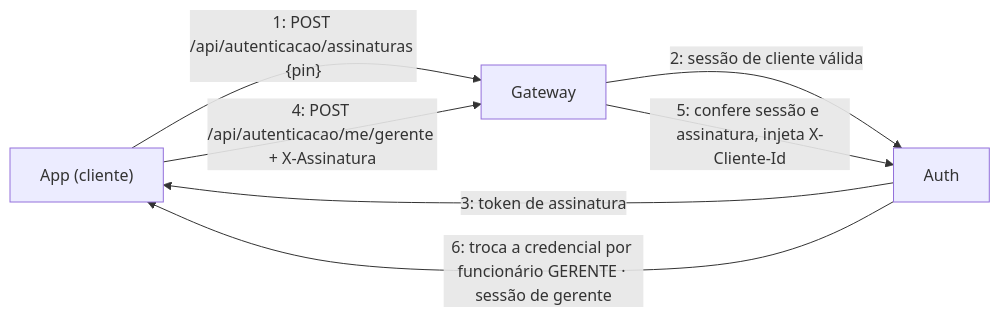
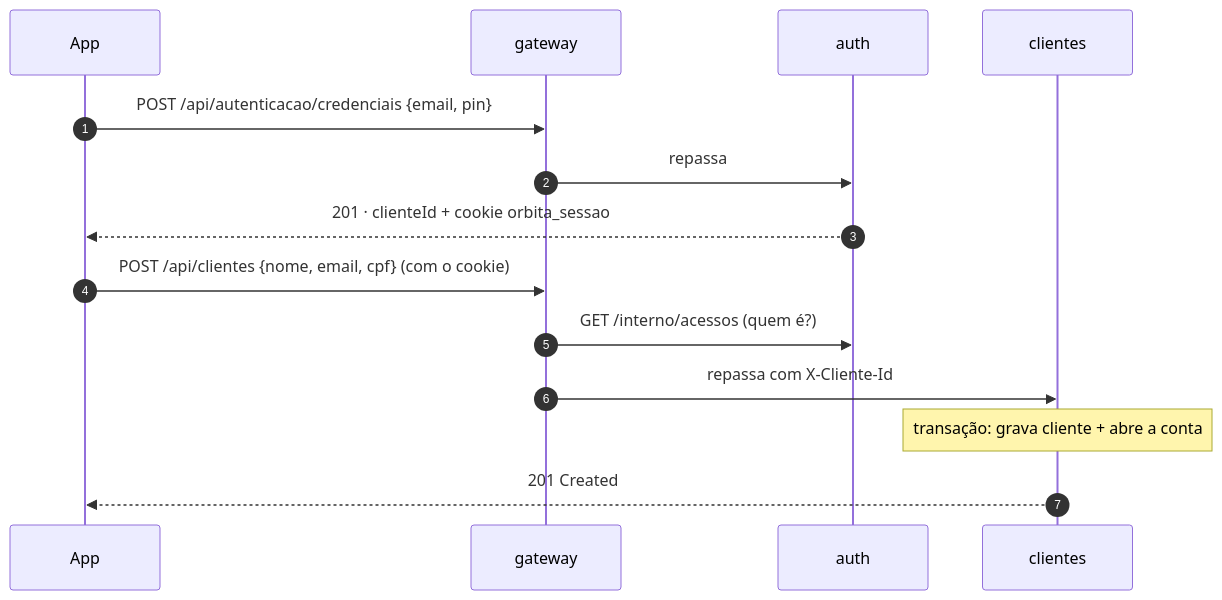
One commit to Endrigogustavo/OrbitaPay changed the fourth of 7 diagrams in docs/comunicacao.md. Above: the diagram before and after it, drawn with Mermaid. The commit also changed other lines of this file and 788 other files, not shown here.

First line of the commit message:
refactor(backend): rewrite as 6 clean-architecture microservices

````diff
--- a/docs/comunicacao.md
+++ b/docs/comunicacao.md
@@ -132,9 +64,16 @@
 ```mermaid
-flowchart LR
-    APP["App (cliente)"] -->|"1: POST /api/autenticacao/assinaturas {pin}"| GW["Gateway"]
-    GW -->|"2: sessão de cliente válida"| AUT["Auth"]
-    AUT -->|"3: token de assinatura"| APP
-    APP -->|"4: POST /api/autenticacao/me/gerente + X-Assinatura"| GW
-    GW -->|"5: confere sessão e assinatura, injeta X-Cliente-Id"| AUT
-    AUT -->|"6: troca a credencial por funcionário GERENTE · sessão de gerente"| APP
+sequenceDiagram
+    autonumber
+    participant APP as App
+    participant GW as gateway
+    participant AUT as auth
+    participant CLI as clientes
+    APP->>GW: POST /api/autenticacao/credenciais {email, pin}
+    GW->>AUT: repassa
+    AUT-->>APP: 201 · clienteId + cookie orbita_sessao
+    APP->>GW: POST /api/clientes {nome, email, cpf} (com o cookie)
+    GW->>AUT: GET /interno/acessos (quem é?)
+    GW->>CLI: repassa com X-Cliente-Id
+    Note over CLI: transação: grava cliente + abre a conta
+    CLI-->>APP: 201 Created
 ```
````
